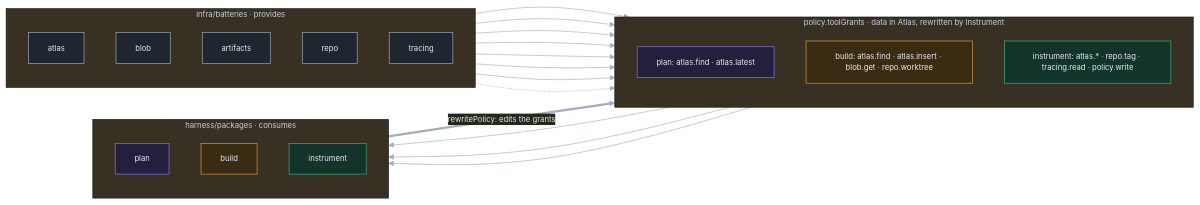
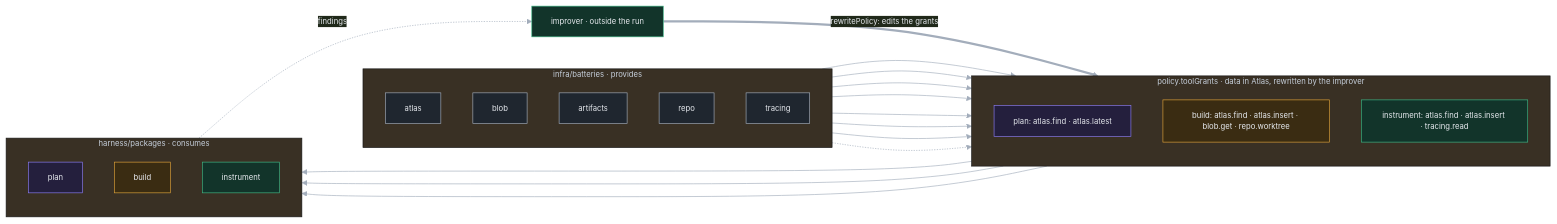
The fourth of 9 diagrams in docs/10-architecture.md (pastarita/3pt), drawn with Mermaid before and after one commit. The commit also changed other lines of this file and 24 other files, not shown here.

First line of the commit message:
instrument: improver owns the policy rewrite; stages get a frozen policy

````diff
--- a/docs/10-architecture.md
+++ b/docs/10-architecture.md
@@ -206,37 +222,38 @@
 ```mermaid
 %%{init: {"theme":"base","themeVariables":{"background":"#0f1216","primaryColor":"#1a2029","primaryTextColor":"#e6e9ee","primaryBorderColor":"#3a4552","lineColor":"#a3adbb","fontFamily":"ui-monospace, Menlo, monospace","fontSize":"12px"}}}%%
 flowchart LR
   subgraph BAT["infra/batteries  ·  provides"]
     direction TB
     A1[atlas]:::battery
     A2[blob]:::battery
     A3[artifacts]:::battery
     A4[repo]:::battery
     A5[tracing]:::battery
   end
-  subgraph GR["policy.toolGrants  ·  data in Atlas, rewritten by Instrument"]
+  subgraph GR["policy.toolGrants  ·  data in Atlas, rewritten by the improver"]
     direction TB
     G1["plan: atlas.find · atlas.latest"]:::plan
     G2["build: atlas.find · atlas.insert · blob.get · repo.worktree"]:::build
-    G3["instrument: atlas.* · repo.tag · tracing.read · policy.write"]:::inst
+    G3["instrument: atlas.find · atlas.insert · tracing.read"]:::inst
   end
   subgraph ST["harness/packages  ·  consumes"]
     direction TB
     S1[plan]:::plan
     S2[build]:::build
     S3[instrument]:::inst
   end
   A1 --> G1 & G2 & G3
   A2 --> G2
   A4 --> G2 & G3
   A5 --> G3
   A3 -.-> G3
   G1 --> S1
   G2 --> S2
   G3 --> S3
-  S3 ==>|"rewritePolicy: edits the grants"| GR
+  S3 -.->|"findings"| IMP[improver · outside the run]:::inst
+  IMP ==>|"rewritePolicy: edits the grants"| GR
   classDef plan fill:#241f3d,stroke:#8b7cf6,color:#e6e9ee
   classDef build fill:#3a2c12,stroke:#e0a33a,color:#e6e9ee
   classDef inst fill:#12342a,stroke:#3fb886,color:#e6e9ee
   classDef battery fill:#1f262f,stroke:#a3adbb,color:#e6e9ee
 ```
````
